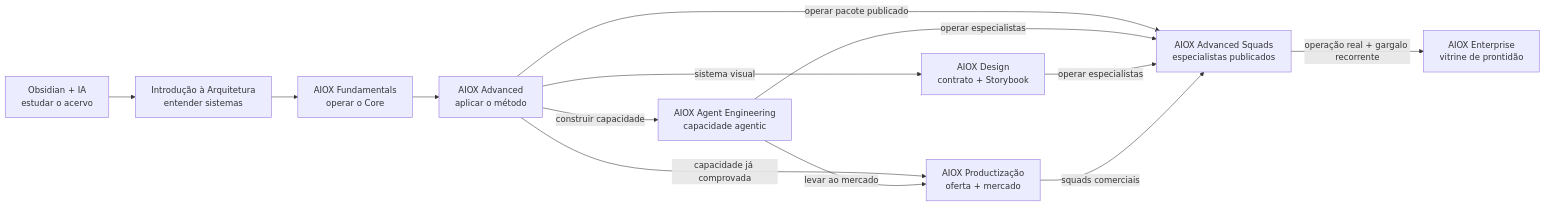
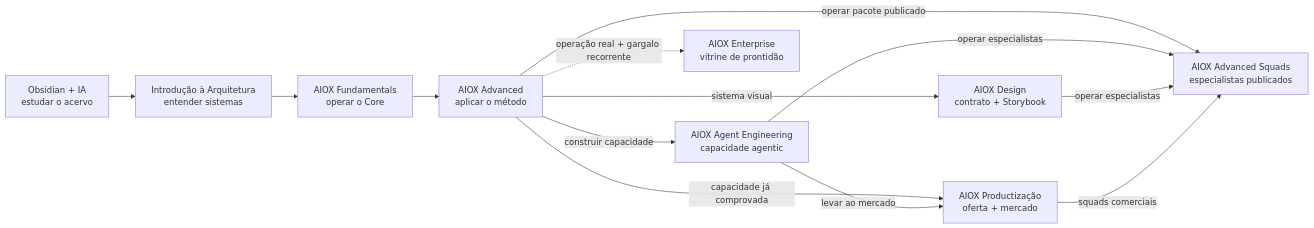
Before and after one commit to CALLBACK-Online/aiox-advanced-brain: the diagram in cursos/COMO-ESTUDAR.md, drawn with Mermaid. The commit also changed other lines of this file and 39 other files, not shown here.

First line of the commit message:
feat(cursos): adicionar preview de prontidão Enterprise

````diff
--- a/cursos/COMO-ESTUDAR.md
+++ b/cursos/COMO-ESTUDAR.md
@@ -23,15 +23,15 @@
 ```mermaid
 flowchart LR
     O["Obsidian + IA<br/>estudar o acervo"] --> A["Introdução à Arquitetura<br/>entender sistemas"]
     A --> F["AIOX Fundamentals<br/>operar o Core"]
     F --> X["AIOX Advanced<br/>aplicar o método"]
     X -->|"operar pacote publicado"| S["AIOX Advanced Squads<br/>especialistas publicados"]
     X -->|"construir capacidade"| E["AIOX Agent Engineering<br/>capacidade agentic"]
     X -->|"sistema visual"| D["AIOX Design<br/>contrato + Storybook"]
     X -->|"capacidade já comprovada"| P["AIOX Productização<br/>oferta + mercado"]
     E -->|"levar ao mercado"| P
     E -->|"operar especialistas"| S
     D -->|"operar especialistas"| S
     P -->|"squads comerciais"| S
-    S -->|"operação real + gargalo recorrente"| Q["AIOX Enterprise<br/>vitrine de prontidão"]
+    X -.->|"operação real + gargalo recorrente"| Q["AIOX Enterprise<br/>vitrine de prontidão"]
 ```
````
